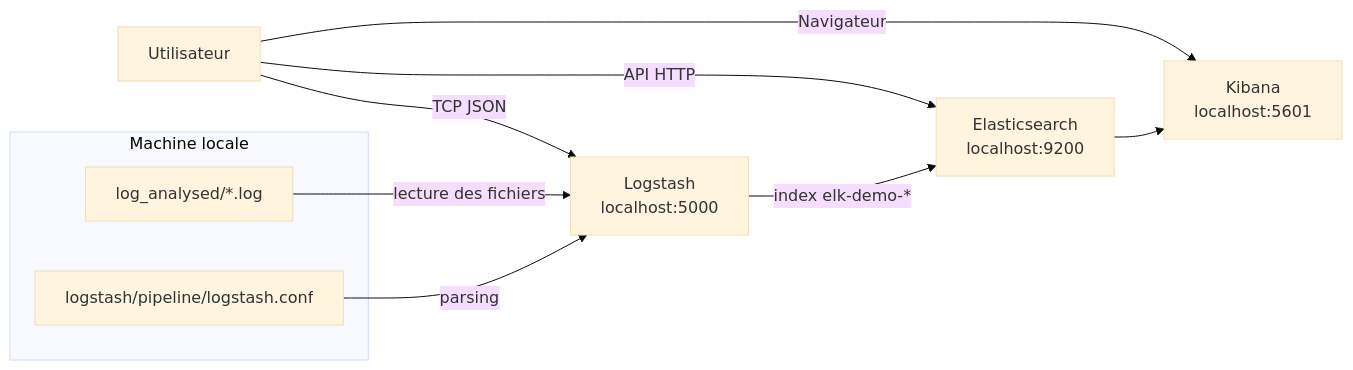
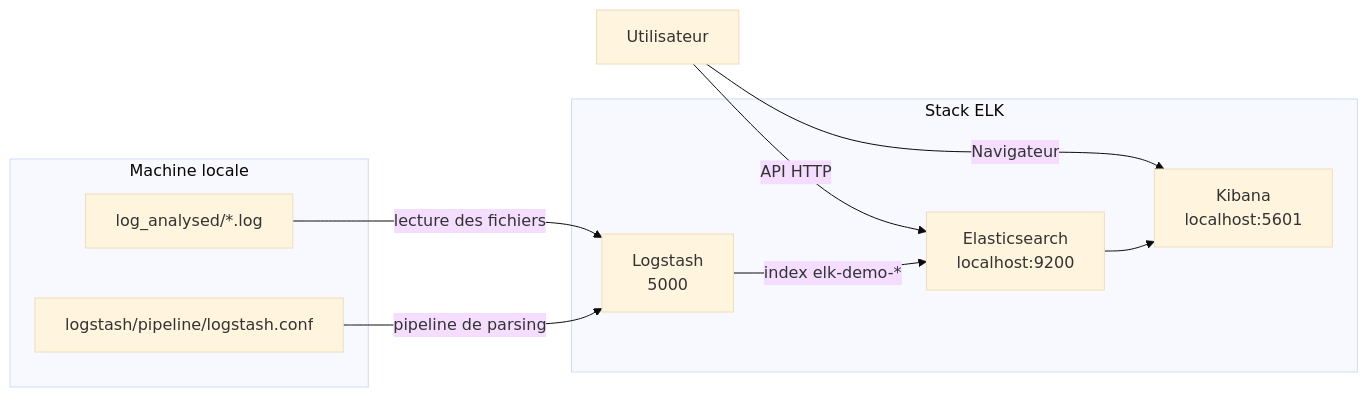
The diagram in README.md (RobinThiriet/ELK), drawn with Mermaid (base theme) before and after one commit. The commit also changed other lines of this file, not shown here.

````diff
--- a/README.md
+++ b/README.md
@@ -16,16 +24,21 @@
 ```mermaid
 flowchart LR
     U[Utilisateur] -->|Navigateur| K[Kibana<br/>localhost:5601]
     U -->|API HTTP| E[Elasticsearch<br/>localhost:9200]
-    U -->|TCP JSON| L[Logstash<br/>localhost:5000]
 
     subgraph HOST[Machine locale]
         LOGS[log_analysed/*.log]
         PIPE[logstash/pipeline/logstash.conf]
     end
 
+    subgraph ELK[Stack ELK]
+        L[Logstash<br/>5000]
+        E
+        K
+    end
+
     LOGS -->|lecture des fichiers| L
-    PIPE -->|parsing| L
+    PIPE -->|pipeline de parsing| L
     L -->|index elk-demo-*| E
     E --> K
 ```
````
